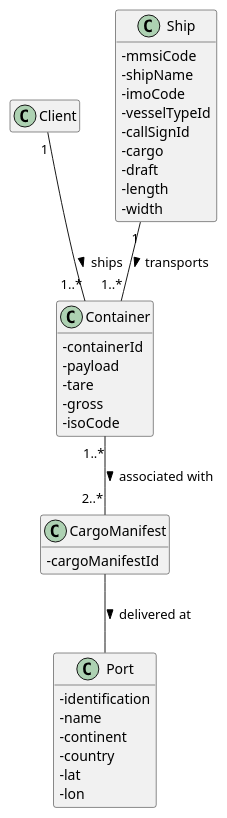
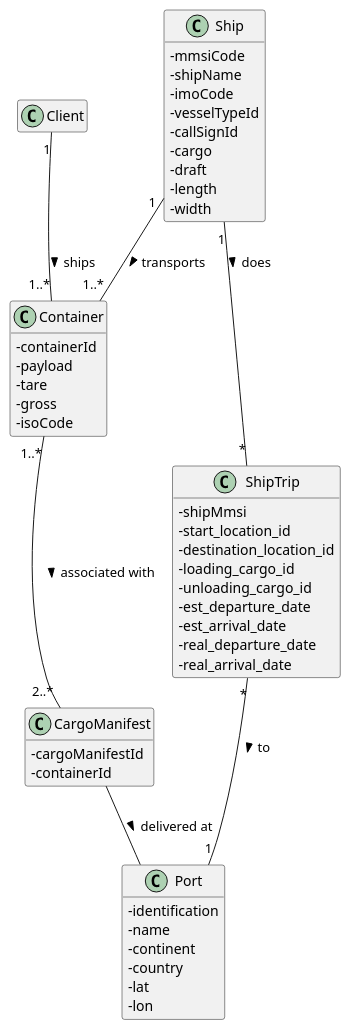
The diagram in docs/US204/US204_DM.puml (ana-albergaria/LAPR3-ISEP), drawn with PlantUML before and after one commit. The commit also changed 8 other files, not shown here.

Commit message:
G54-131 G54-132 #time 1h #comment US210 - DM and SSD Diagrams

```diff
--- a/docs/US204/US204_DM.puml
+++ b/docs/US204/US204_DM.puml
@@ -1,47 +1,64 @@
 @startuml
 
 skinparam classAttributeIconSize 0
 hide empty methods
 hide empty attributes
 
 class Client {}
 
 class Container {
    -containerId
    -payload
    -tare
    -gross
    -isoCode
 }
 
 class CargoManifest {
     -cargoManifestId
+    -containerId
 }
 
 class Ship {
     -mmsiCode
     -shipName
     -imoCode
     -vesselTypeId
     -callSignId
     -cargo
     -draft
     -length
     -width
+}
+
+class ShipTrip{
+    -shipMmsi
+    /'has attribute phase?'/
+    -start_location_id
+    -destination_location_id
+    -loading_cargo_id
+    -unloading_cargo_id
+    -est_departure_date
+    -est_arrival_date
+    -real_departure_date
+    -real_arrival_date
 }
 
 class Port {
     -identification
     -name
     -continent
     -country
     -lat
     -lon
 }
 
 Client "1" -- "1..*" Container : ships >
 Container "1..*"-- "2..*" CargoManifest : associated with >
 Ship "1" -- "1..*" Container : transports >
 CargoManifest -- Port : delivered at >
+Ship "1" -- "*" ShipTrip : does >
+ShipTrip "*" -- "1" Port : to >
+
 
 @enduml
```
